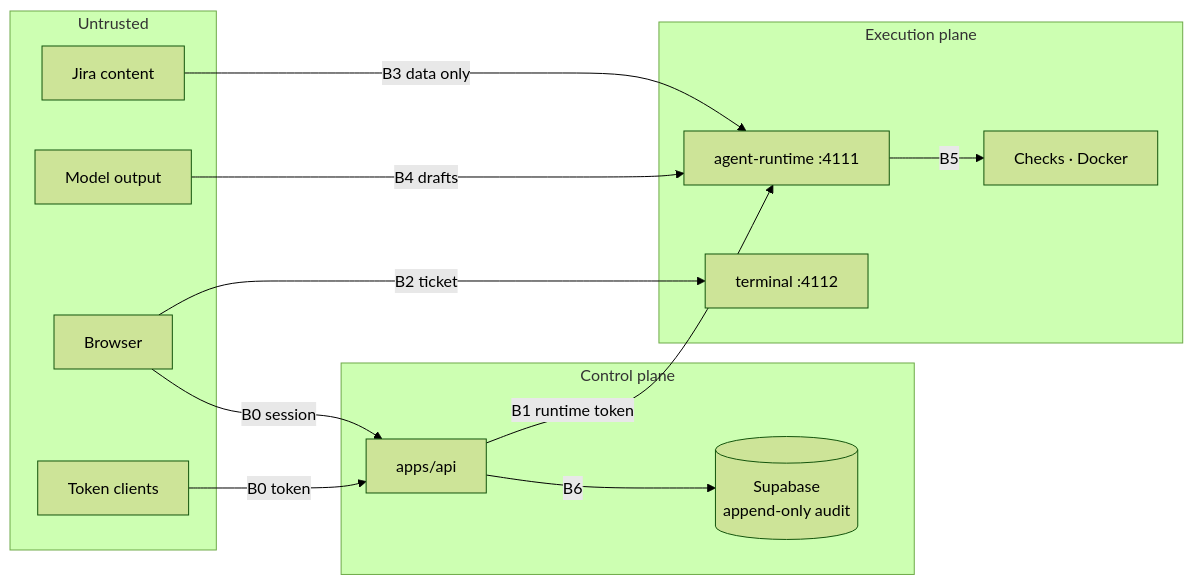
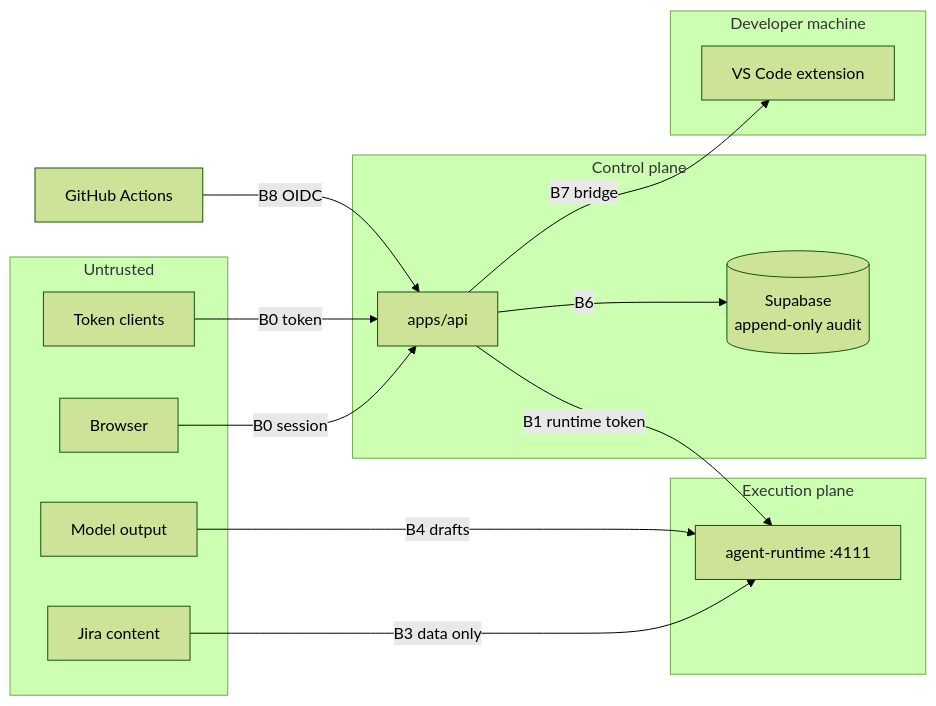
One commit to HasithaErandika/aura changed the first of 2 diagrams in docs/security/threat-model.md. Above: the diagram before and after it, drawn with Mermaid (forest theme). The commit also changed other lines of this file and 18 other files, not shown here.

````diff
--- a/docs/security/threat-model.md
+++ b/docs/security/threat-model.md
@@ -17,26 +17,27 @@
 ```mermaid
 flowchart LR
     subgraph U["Untrusted"]
         B["Browser"]
         CLI["Token clients"]
         J["Jira content"]
         M["Model output"]
     end
     subgraph C["Control plane"]
         API["apps/api"]
         DB[("Supabase<br/>append-only audit")]
     end
     subgraph R["Execution plane"]
         RT["agent-runtime :4111"]
-        TERM["terminal :4112"]
-        SB["Checks · Docker"]
+    end
+    subgraph D["Developer machine"]
+        X["VS Code extension"]
     end
     B -->|"B0 session"| API
     CLI -->|"B0 token"| API
     API -->|"B1 runtime token"| RT
-    B -->|"B2 ticket"| TERM
     J -->|"B3 data only"| RT
     M -->|"B4 drafts"| RT
-    RT -->|"B5"| SB
     API -->|"B6"| DB
+    API -->|"B7 bridge"| X
+    GH["GitHub Actions"] -->|"B8 OIDC"| API
 ```
````
